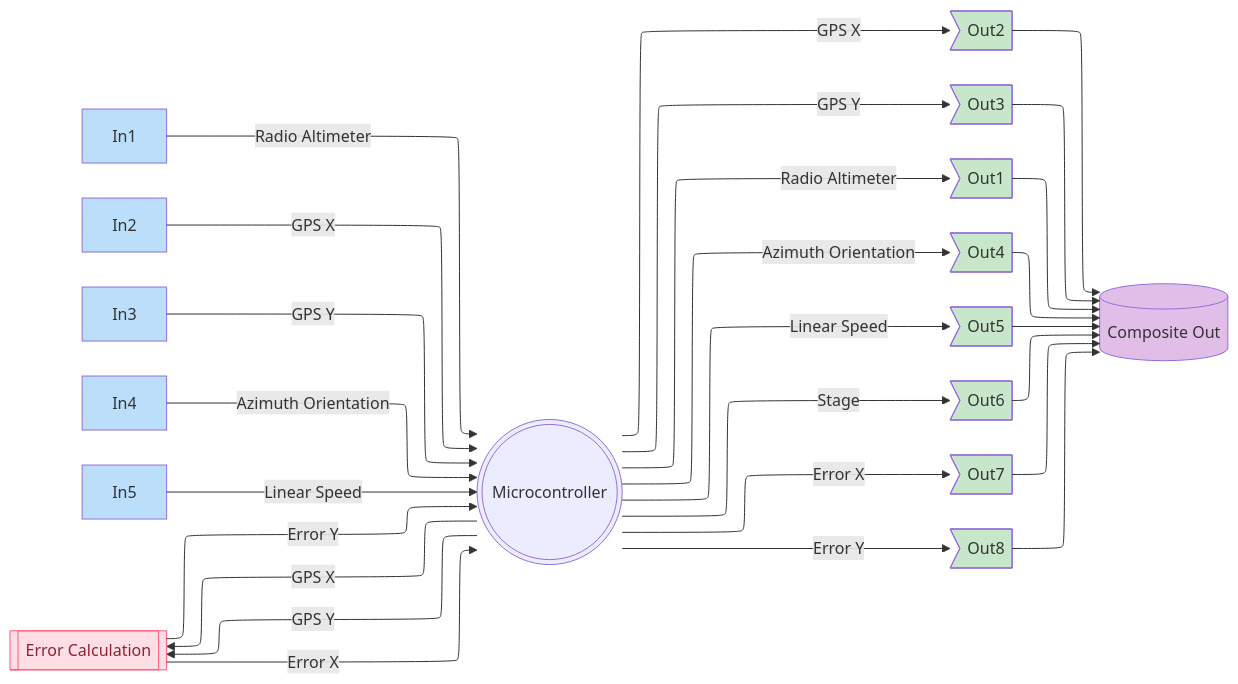
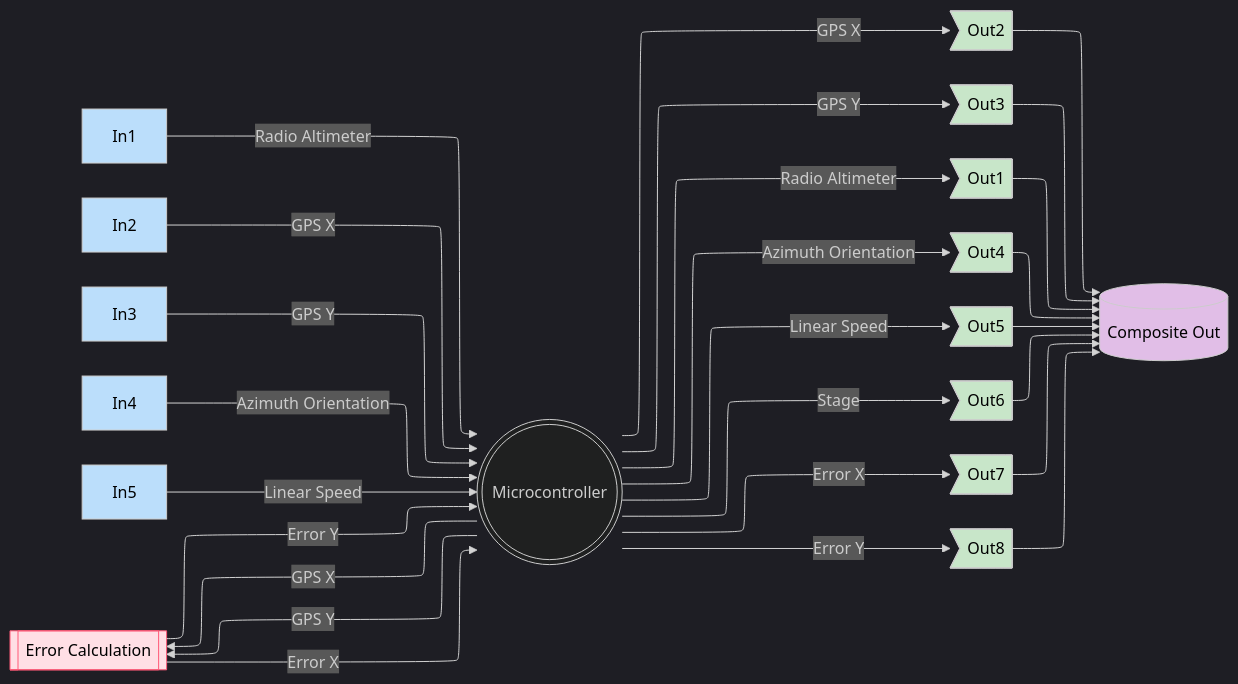
Before and after one commit to clxrickx/ASTRA: the diagram in .hware/wiring.md, drawn with Mermaid.

Commit message:
Update wiring.md for legibility
Made text black so it is legible against the light colored backrounds, made the background dark.

````diff
--- a/.hware/wiring.md
+++ b/.hware/wiring.md
@@ -2,47 +2,49 @@
 ```mermaid
 ---
 config:
   layout: elk
+  theme: dark
 ---
 flowchart LR
     In1["In1"] -- Radio Altimeter --> A((("Microcontroller")))
     In2["In2"] -- GPS X --> A
     In3["In3"] -- GPS Y --> A
     In4["In4"] -- Azimuth Orientation --> A
     In5["In5"] -- Linear Speed --> A
     A -- GPS X --> B[["Error Calculation"]] & Out2>"Out2"]
     A -- GPS Y --> B & Out3>"Out3"]
-    B L_B_A_0@-- Error X --> A
+    B -- Error X --> A
     B -- Error Y --> A
     A -- Radio Altimeter --> Out1>"Out1"]
     A -- Azimuth Orientation --> Out4>"Out4"]
     A -- Linear Speed --> Out5>"Out5"]
     A -- Stage --> Out6>"Out6"]
     A -- Error X --> Out7>"Out7"]
     A -- Error Y --> Out8>"Out8"]
     Out1 --> G[("Composite Out")]
     Out2 --> G
     Out3 --> G
     Out4 --> G
     Out5 --> G
     Out6 --> G
     Out7 --> G
     Out8 --> G
 
      B:::Rose
     classDef Rose stroke-width:1px, stroke-dasharray:none, stroke:#FF5978, fill:#FFDFE5, color:#8E2236
-    style In1 fill:#BBDEFB
-    style In2 fill:#BBDEFB
-    style In3 fill:#BBDEFB
-    style In4 fill:#BBDEFB
-    style In5 fill:#BBDEFB
-    style Out2 fill:#C8E6C9
-    style Out3 fill:#C8E6C9
-    style Out1 fill:#C8E6C9
-    style Out4 fill:#C8E6C9
-    style Out5 fill:#C8E6C9
-    style Out6 fill:#C8E6C9
-    style Out7 fill:#C8E6C9
-    style Out8 fill:#C8E6C9
-    style G fill:#E1BEE7
+    style In1 fill:#BBDEFB,color:#000000
+    style In2 fill:#BBDEFB,color:#000000
+    style In3 fill:#BBDEFB,color:#000000
+    style In4 fill:#BBDEFB,color:#000000
+    style In5 fill:#BBDEFB,color:#000000
+    style B color:#000000
+    style Out2 fill:#C8E6C9,color:#000000
+    style Out3 fill:#C8E6C9,color:#000000
+    style Out1 fill:#C8E6C9,color:#000000
+    style Out4 fill:#C8E6C9,color:#000000
+    style Out5 fill:#C8E6C9,color:#000000
+    style Out6 fill:#C8E6C9,color:#000000
+    style Out7 fill:#C8E6C9,color:#000000
+    style Out8 fill:#C8E6C9,color:#000000
+    style G fill:#E1BEE7,color:#000000
 ```
````
